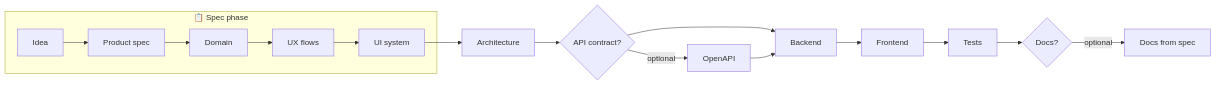
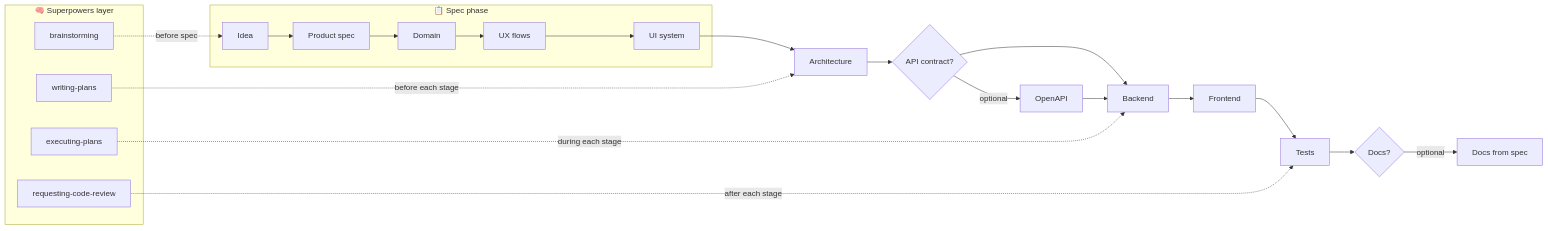
The second of 3 diagrams in README.md (lovek28/awesome-software-framework), drawn with Mermaid before and after one commit. The commit also changed other lines of this file and 8 other files, not shown here.

````diff
--- a/README.md
+++ b/README.md
@@ -175,18 +233,28 @@
 ```mermaid
 flowchart LR
+    subgraph discipline["🧠 Superpowers layer"]
+        SP1[brainstorming]
+        SP2[writing-plans]
+        SP3[executing-plans]
+        SP4[requesting-code-review]
+    end
     subgraph spec["📋 Spec phase"]
         A[Idea] --> B[Product spec]
         B --> C[Domain]
         C --> D[UX flows]
         D --> E[UI system]
     end
     E --> F[Architecture]
     F --> G{API contract?}
     G -->|optional| H[OpenAPI]
     G --> I[Backend]
     H --> I
     I --> J[Frontend]
     J --> K[Tests]
     K --> L{Docs?}
     L -->|optional| M[Docs from spec]
+    SP1 -.->|before spec| A
+    SP2 -.->|before each stage| F
+    SP3 -.->|during each stage| I
+    SP4 -.->|after each stage| K
 ```
````
